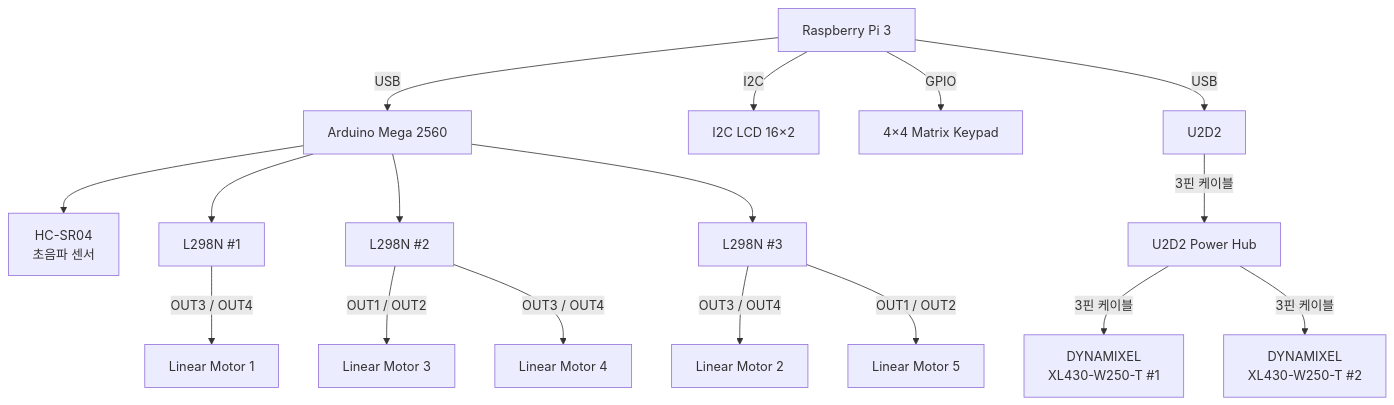
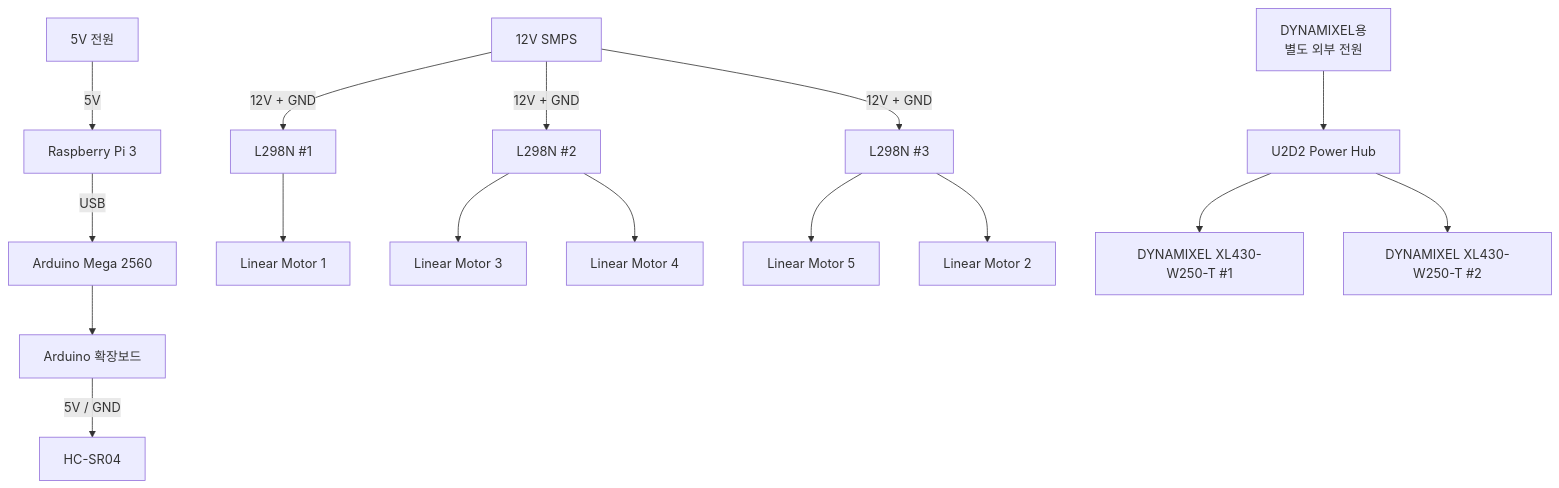
The first of 2 diagrams in docs/02_Design/electrical/02_Power_Distribution_SMPS.md (biini29/2026ESWContest_free_CARmelleon), drawn with Mermaid before and after one commit. The commit also changed other lines of this file, not shown here.

````diff
--- a/docs/02_Design/electrical/02_Power_Distribution_SMPS.md
+++ b/docs/02_Design/electrical/02_Power_Distribution_SMPS.md
@@ -5,57 +17,50 @@
 ```mermaid
 flowchart TB
 
+    P5["5V 전원"]
     PI["Raspberry Pi 3"]
     ARD["Arduino Mega 2560"]
+    EXT["Arduino 확장보드"]
+    US["HC-SR04"]
 
-    LCD["I2C LCD 16×2"]
-    KEY["4×4 Matrix Keypad"]
-    US["HC-SR04<br/>초음파 센서"]
+    SMPS["12V SMPS"]
 
     L1["L298N #1"]
     L2["L298N #2"]
     L3["L298N #3"]
 
     M1["Linear Motor 1"]
     M2["Linear Motor 2"]
     M3["Linear Motor 3"]
     M4["Linear Motor 4"]
     M5["Linear Motor 5"]
 
-    U2["U2D2"]
+    DXP["DYNAMIXEL용<br/>별도 외부 전원"]
     HUB["U2D2 Power Hub"]
 
-    DX1["DYNAMIXEL<br/>XL430-W250-T #1"]
-    DX2["DYNAMIXEL<br/>XL430-W250-T #2"]
+    DX1["DYNAMIXEL XL430-W250-T #1"]
+    DX2["DYNAMIXEL XL430-W250-T #2"]
 
-    %% Raspberry Pi 주변 장치
-    PI -->|"I2C"| LCD
-    PI -->|"GPIO"| KEY
+    P5 -->|"5V"| PI
 
-    %% Raspberry Pi - Arduino
     PI -->|"USB"| ARD
+    ARD --> EXT
+    EXT -->|"5V / GND"| US
 
-    %% Arduino 주변 장치
-    ARD --> US
+    SMPS -->|"12V + GND"| L1
+    SMPS -->|"12V + GND"| L2
+    SMPS -->|"12V + GND"| L3
 
-    %% Arduino - Motor Driver
-    ARD --> L1
-    ARD --> L2
-    ARD --> L3
+    L1 --> M1
 
-    %% Motor Driver - Linear Motor
-    L1 -->|"OUT3 / OUT4"| M1
+    L2 --> M3
+    L2 --> M4
 
-    L2 -->|"OUT1 / OUT2"| M3
-    L2 -->|"OUT3 / OUT4"| M4
+    L3 --> M5
+    L3 --> M2
 
-    L3 -->|"OUT3 / OUT4"| M2
-    L3 -->|"OUT1 / OUT2"| M5
+    DXP --> HUB
 
-    %% DYNAMIXEL 계통
-    PI -->|"USB"| U2
-    U2 -->|"3핀 케이블"| HUB
-
-    HUB -->|"3핀 케이블"| DX1
-    HUB -->|"3핀 케이블"| DX2
+    HUB --> DX1
+    HUB --> DX2
 ```
````
